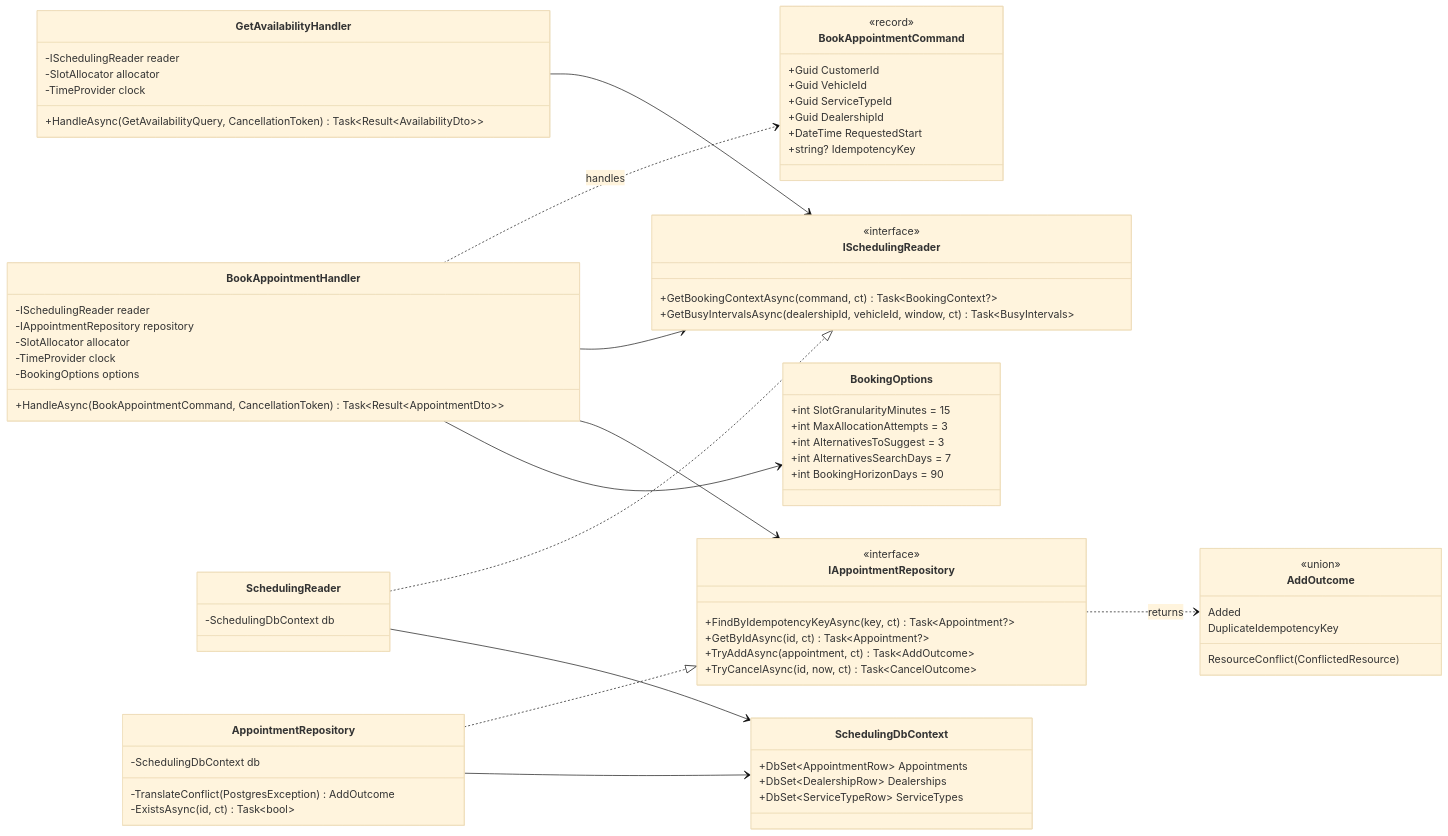
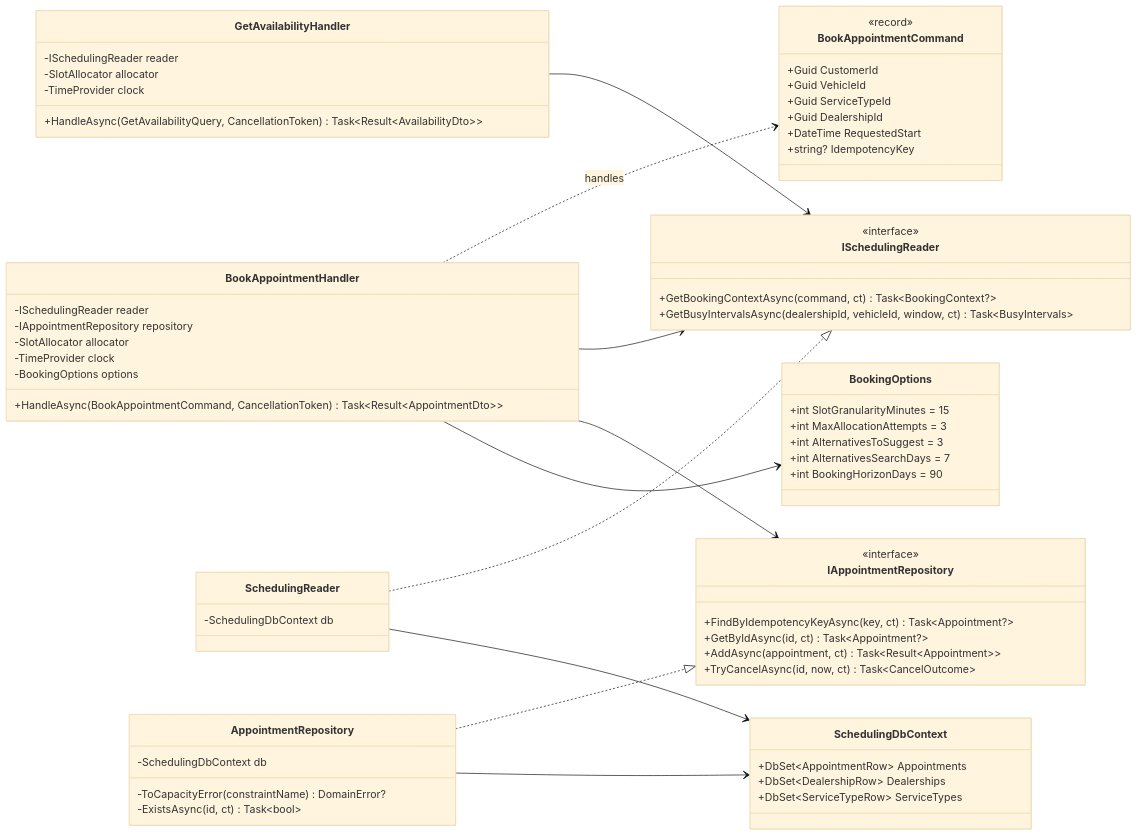
The sixth of 10 diagrams in docs/system-design.md (VietDangiT/unified-service-scheduler), drawn with Mermaid (base theme) before and after one commit. The commit also changed other lines of this file and 17 other files, not shown here.

```diff
--- a/docs/system-design.md
+++ b/docs/system-design.md
@@ -480,15 +480,8 @@
         <<interface>>
         +FindByIdempotencyKeyAsync(key, ct) Task~Appointment?~
         +GetByIdAsync(id, ct) Task~Appointment?~
-        +TryAddAsync(appointment, ct) Task~AddOutcome~
+        +AddAsync(appointment, ct) Task~Result~Appointment~~
         +TryCancelAsync(id, now, ct) Task~CancelOutcome~
-    }
-
-    class AddOutcome {
-        <<union>>
-        Added
-        ResourceConflict(ConflictedResource)
-        DuplicateIdempotencyKey
     }
 
     class BookingOptions {
@@ -504,7 +497,7 @@
     }
     class AppointmentRepository {
         -SchedulingDbContext db
-        -TranslateConflict(PostgresException) AddOutcome
+        -ToCapacityError(constraintName) DomainError?
         -ExistsAsync(id, ct) Task~bool~
     }
     class SchedulingDbContext {
@@ -518,7 +511,6 @@
     BookAppointmentHandler --> IAppointmentRepository
     BookAppointmentHandler --> BookingOptions
     GetAvailabilityHandler --> ISchedulingReader
-    IAppointmentRepository ..> AddOutcome : returns
     SchedulingReader ..|> ISchedulingReader
     AppointmentRepository ..|> IAppointmentRepository
     SchedulingReader --> SchedulingDbContext
```
